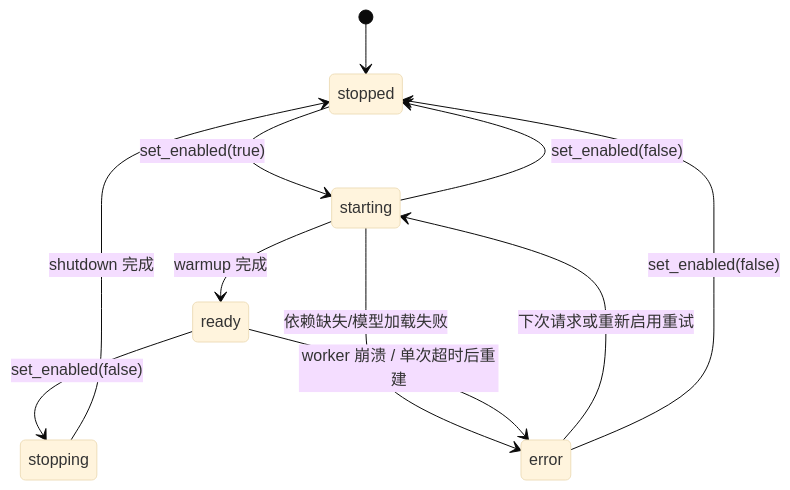
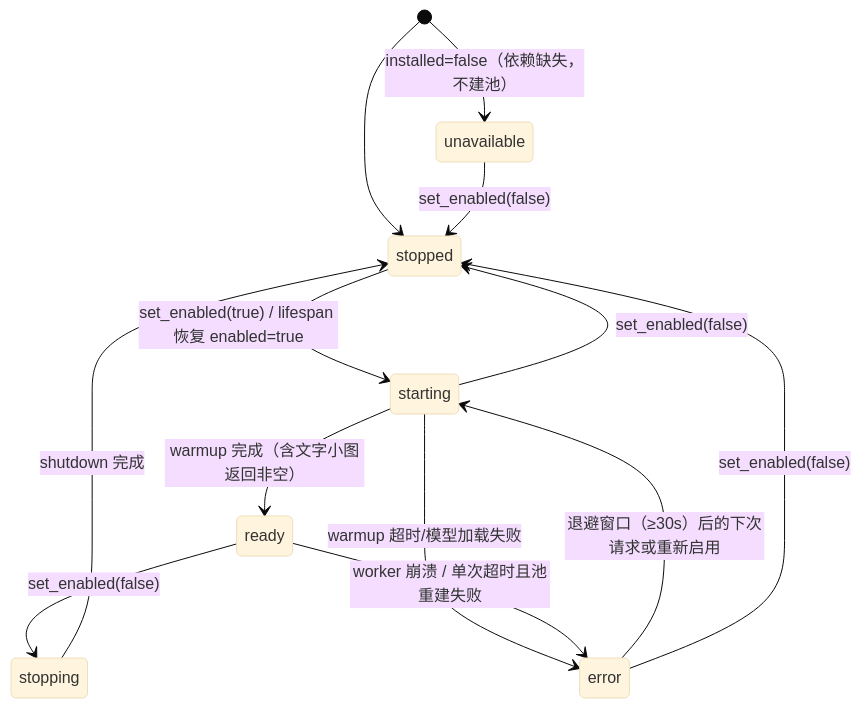
One commit to halfaradish/OCR-Gateway changed the diagram in openspec/changes/m4-local-ocr/design.md. Above: the diagram before and after it, drawn with Mermaid (base theme). The commit also changed other lines of this file and 13 other files, not shown here.

````diff
--- a/openspec/changes/m4-local-ocr/design.md
+++ b/openspec/changes/m4-local-ocr/design.md
@@ -94,13 +138,15 @@
 ```mermaid
 stateDiagram-v2
     [*] --> stopped
-    stopped --> starting: set_enabled(true)
-    starting --> ready: warmup 完成
-    starting --> error: 依赖缺失/模型加载失败
+    [*] --> unavailable: installed=false（依赖缺失，不建池）
+    stopped --> starting: set_enabled(true) / lifespan 恢复 enabled=true
+    starting --> ready: warmup 完成（含文字小图返回非空）
+    starting --> error: warmup 超时/模型加载失败
     starting --> stopped: set_enabled(false)
     ready --> stopping: set_enabled(false)
-    ready --> error: worker 崩溃 / 单次超时后重建
+    ready --> error: worker 崩溃 / 单次超时且池重建失败
     stopping --> stopped: shutdown 完成
-    error --> starting: 下次请求或重新启用重试
+    error --> starting: 退避窗口（≥30s）后的下次请求或重新启用
     error --> stopped: set_enabled(false)
+    unavailable --> stopped: set_enabled(false)
 ```
````
